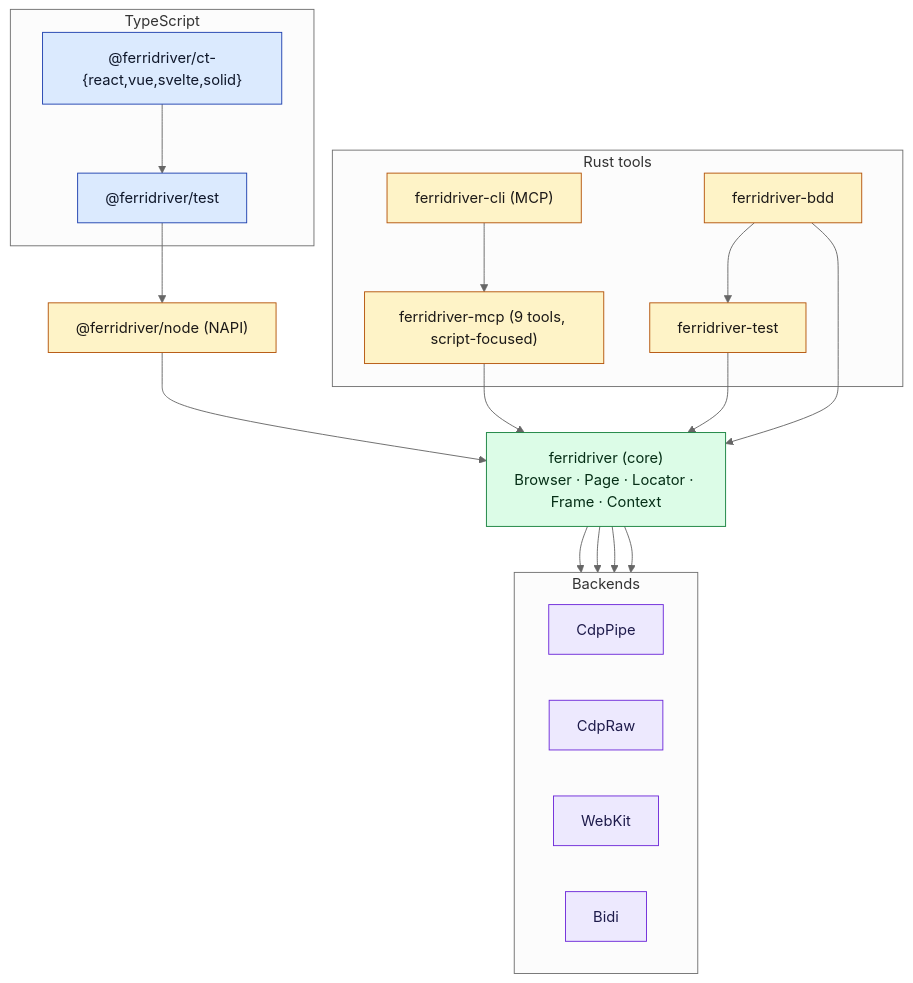
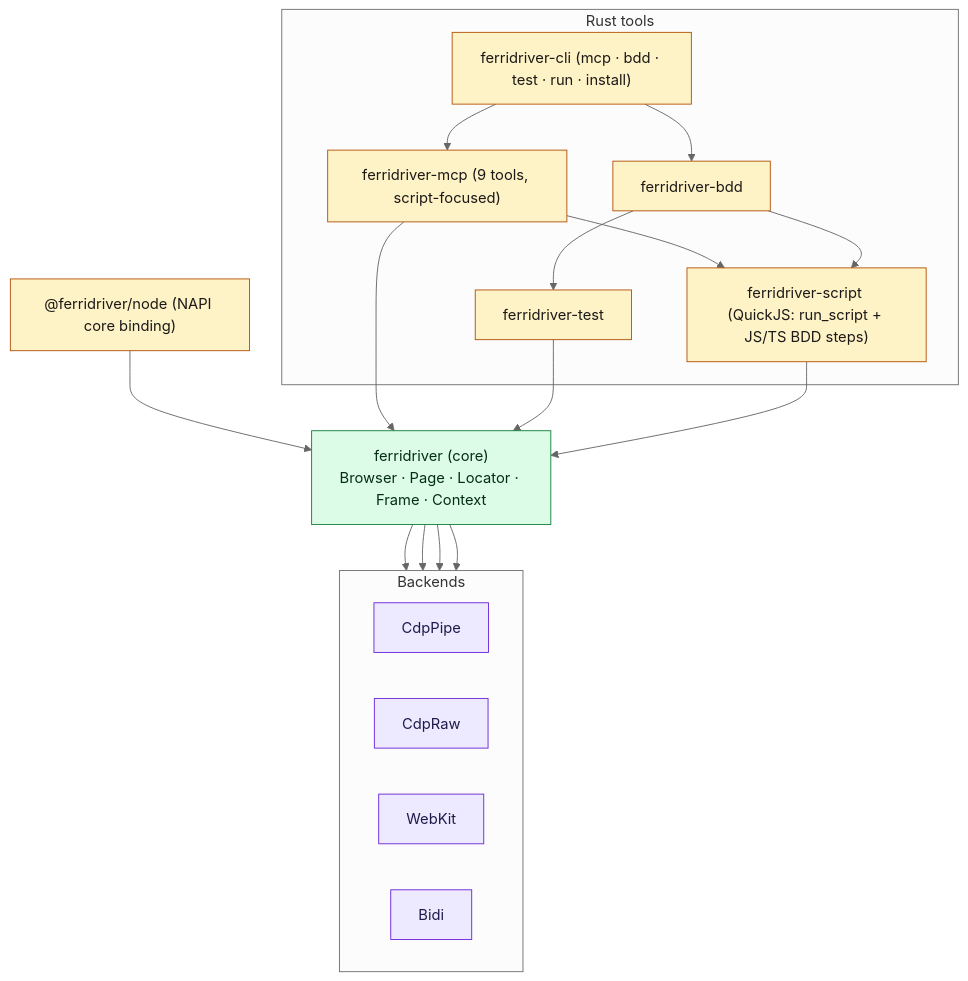
Before and after one commit to salamaashoush/ferridriver: the first of 3 diagrams in site/docs/guide/architecture.md, drawn with Mermaid (neutral theme). The commit also changed other lines of this file and 26 other files, not shown here.

````diff
--- a/site/docs/guide/architecture.md
+++ b/site/docs/guide/architecture.md
@@ -7,48 +7,43 @@
 ```mermaid
 flowchart TB
-  subgraph TS ["TypeScript"]
-    A["@ferridriver/test"]
-    B["@ferridriver/ct-{react,vue,svelte,solid}"]
-  end
-
-  N["@ferridriver/node (NAPI)"]
+  N["@ferridriver/node (NAPI core binding)"]
 
   subgraph RustTools ["Rust tools"]
-    C["ferridriver-cli (MCP)"]
+    C["ferridriver-cli (mcp · bdd · test · run · install)"]
     D["ferridriver-test"]
     E["ferridriver-bdd"]
     F["ferridriver-mcp (9 tools, script-focused)"]
+    S["ferridriver-script (QuickJS: run_script + JS/TS BDD steps)"]
   end
 
   Core["ferridriver (core)\nBrowser · Page · Locator · Frame · Context"]
 
   subgraph Backends
     direction LR
     B1["CdpPipe"]
     B2["CdpRaw"]
     B3["WebKit"]
     B4["Bidi"]
   end
 
-  A --> N
-  B --> A
   N --> Core
   C --> F
+  C --> E
   F --> Core
+  F --> S
+  E --> D
+  E --> S
   D --> Core
-  E --> Core
-  E --> D
+  S --> Core
   Core --> B1
   Core --> B2
   Core --> B3
   Core --> B4
 
-  classDef tsLayer fill:#dbeafe,stroke:#1e40af,color:#0f172a
   classDef rustLayer fill:#fef3c7,stroke:#b45309,color:#1c1917
   classDef coreLayer fill:#dcfce7,stroke:#15803d,color:#052e16
   classDef backendLayer fill:#ede9fe,stroke:#6d28d9,color:#1e1b4b
-  class A,B tsLayer
-  class N,C,D,E,F rustLayer
+  class N,C,D,E,F,S rustLayer
   class Core coreLayer
   class B1,B2,B3,B4 backendLayer
 ```
````
